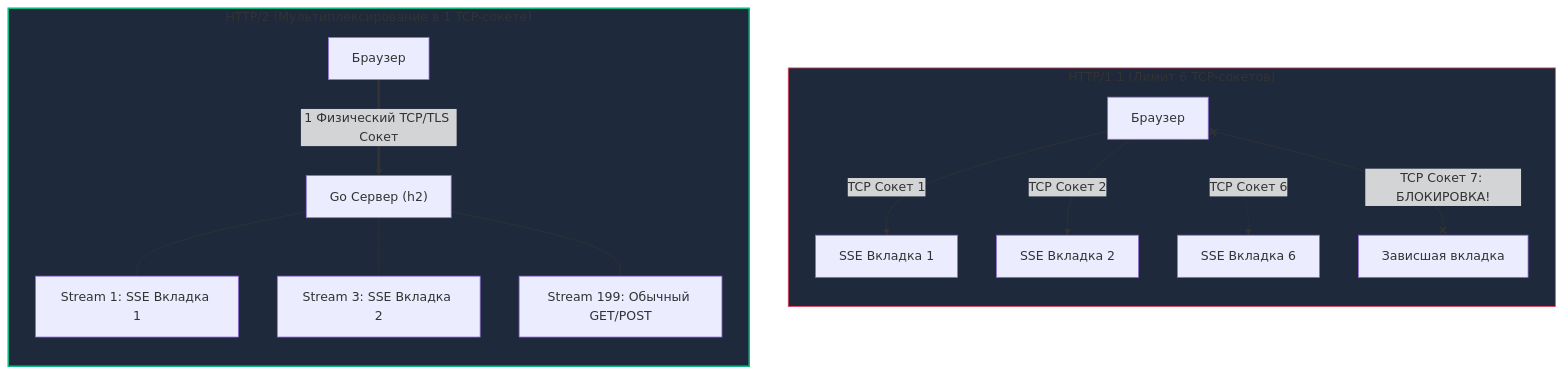
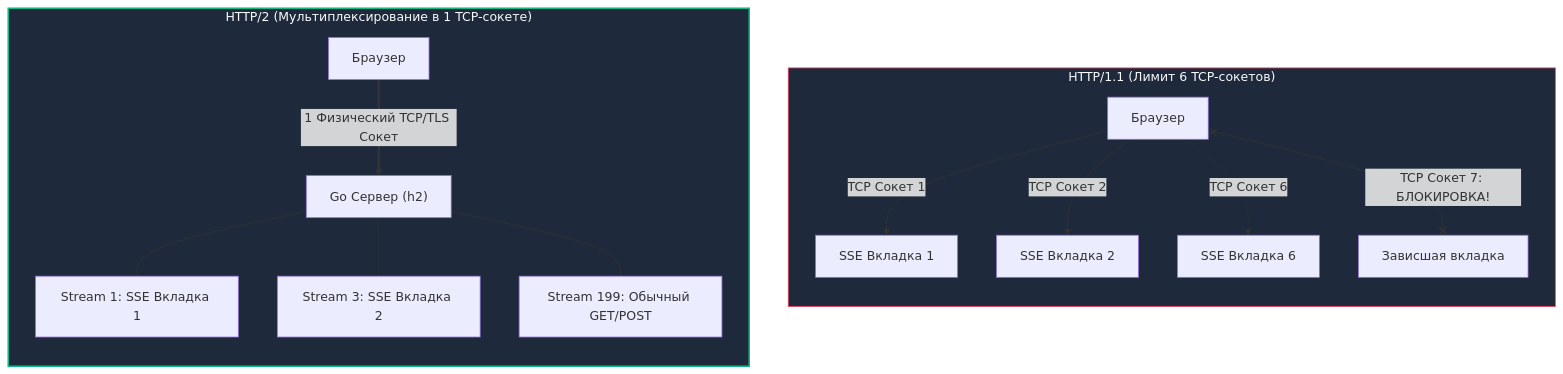
One commit to UnrealTemplier/go-textbook changed the fourth of 4 diagrams in sources/10. Проектирование API и Сетевые протоколы/23. Server Sent Events.md. Above: the diagram before and after it, drawn with Mermaid. The commit also changed other lines of this file and 310 other files, not shown here.

First line of the commit message:
fix(mermaid): replace light fill colors with dark palette for readability on dark theme

````diff
--- a/sources/10. Проектирование API и Сетевые протоколы/23. Server Sent Events.md
+++ b/sources/10. Проектирование API и Сетевые протоколы/23. Server Sent Events.md
@@ -299,21 +299,21 @@
 ```mermaid
 flowchart TD
     subgraph H1 ["HTTP/1.1 (Лимит 6 TCP-сокетов)"]
         direction TB
         B1["Браузер"] -->|TCP Сокет 1| S1["SSE Вкладка 1"]
         B1 -->|TCP Сокет 2| S1_2["SSE Вкладка 2"]
         B1 -.->|TCP Сокет 6| S1_6["SSE Вкладка 6"]
         B1 x--x|TCP Сокет 7: БЛОКИРОВКА!| S1_7["Зависшая вкладка"]
     end
 
     subgraph H2 ["HTTP/2 (Мультиплексирование в 1 TCP-сокете)"]
         direction TB
         B2["Браузер"] == "1 Физический TCP/TLS Сокет" ==> S2["Go Сервер (h2)"]
         S2 --- Stream1["Stream 1: SSE Вкладка 1"]
         S2 --- Stream2["Stream 3: SSE Вкладка 2"]
         S2 --- StreamN["Stream 199: Обычный GET/POST"]
     end
 
-    style H1 fill:#1e293b,stroke:#f43f5e,stroke-width:1px
-    style H2 fill:#1e293b,stroke:#10b981,stroke-width:2px
+    style H1 fill:#1e293b,stroke:#f43f5e,stroke-width:1px,color:#f8fafc
+    style H2 fill:#1e293b,stroke:#10b981,stroke-width:2px,color:#f8fafc
 ```
````
